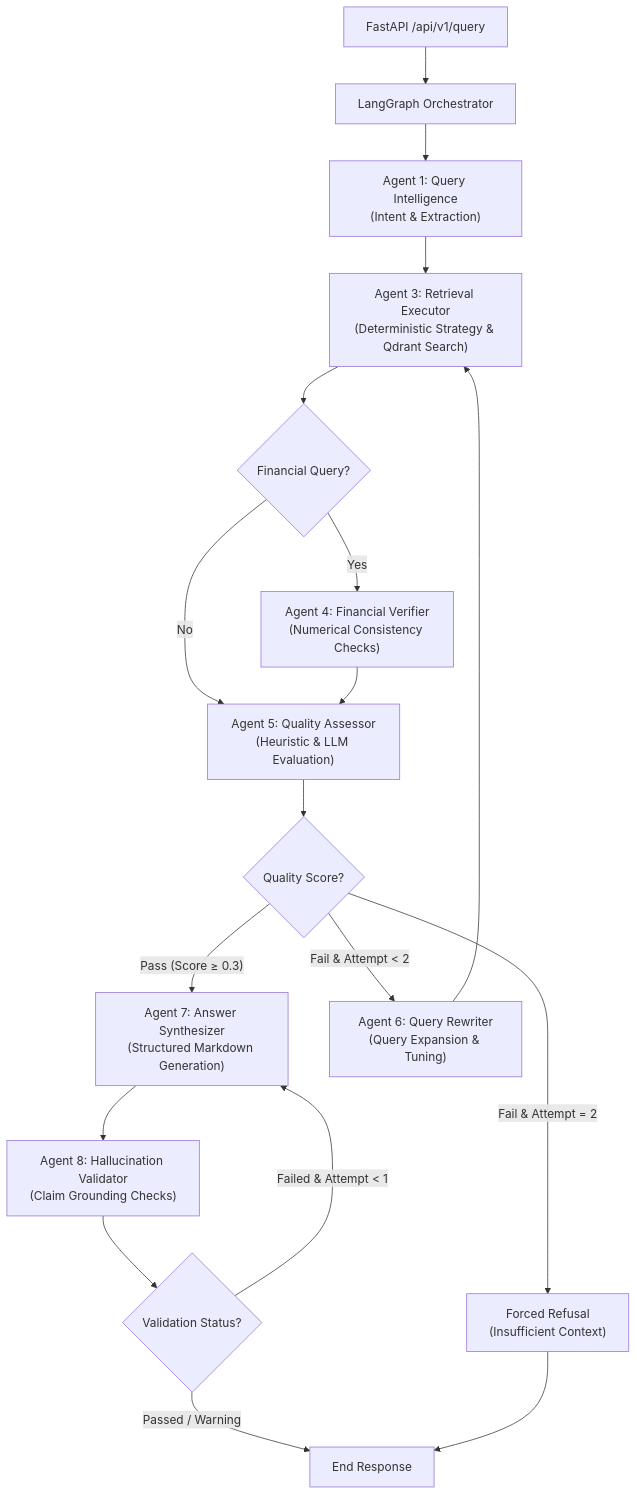
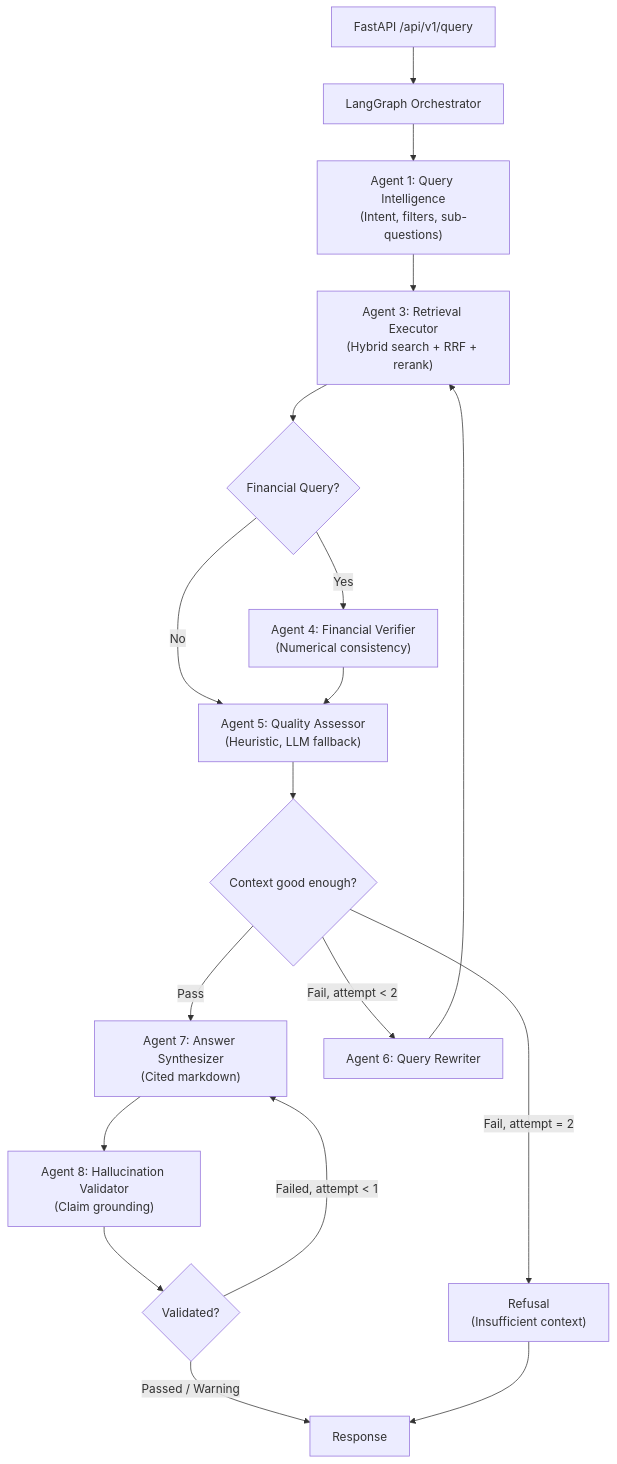
Before and after one commit to Makilesh/ma-diligence-rag-engine: the diagram in README.md, drawn with Mermaid. The commit also changed other lines of this file, not shown here.

````diff
--- a/README.md
+++ b/README.md
@@ -31,20 +46,20 @@
 ```mermaid
 graph TD
     A["FastAPI /api/v1/query"] --> B["LangGraph Orchestrator"]
-    B --> C["Agent 1: Query Intelligence<br/>(Intent & Extraction)"]
-    C --> E["Agent 3: Retrieval Executor<br/>(Deterministic Strategy & Qdrant Search)"]
+    B --> C["Agent 1: Query Intelligence<br/>(Intent, filters, sub-questions)"]
+    C --> E["Agent 3: Retrieval Executor<br/>(Hybrid search + RRF + rerank)"]
     E --> F{"Financial Query?"}
-    F -->|Yes| G["Agent 4: Financial Verifier<br/>(Numerical Consistency Checks)"]
-    F -->|No| H["Agent 5: Quality Assessor<br/>(Heuristic & LLM Evaluation)"]
+    F -->|Yes| G["Agent 4: Financial Verifier<br/>(Numerical consistency)"]
+    F -->|No| H["Agent 5: Quality Assessor<br/>(Heuristic, LLM fallback)"]
     G --> H
-    H --> I{"Quality Score?"}
-    I -->|"Pass (Score ≥ 0.3)"| J["Agent 7: Answer Synthesizer<br/>(Structured Markdown Generation)"]
-    I -->|"Fail & Attempt < 2"| K["Agent 6: Query Rewriter<br/>(Query Expansion & Tuning)"]
-    I -->|"Fail & Attempt = 2"| L["Forced Refusal<br/>(Insufficient Context)"]
+    H --> I{"Context good enough?"}
+    I -->|"Pass"| J["Agent 7: Answer Synthesizer<br/>(Cited markdown)"]
+    I -->|"Fail, attempt < 2"| K["Agent 6: Query Rewriter"]
+    I -->|"Fail, attempt = 2"| L["Refusal<br/>(Insufficient context)"]
     K --> E
-    J --> M["Agent 8: Hallucination Validator<br/>(Claim Grounding Checks)"]
-    M --> N{"Validation Status?"}
-    N -->|Passed / Warning| O["End Response"]
-    N -->|Failed & Attempt < 1| J
+    J --> M["Agent 8: Hallucination Validator<br/>(Claim grounding)"]
+    M --> N{"Validated?"}
+    N -->|Passed / Warning| O["Response"]
+    N -->|Failed, attempt < 1| J
     L --> O
 ```
````
